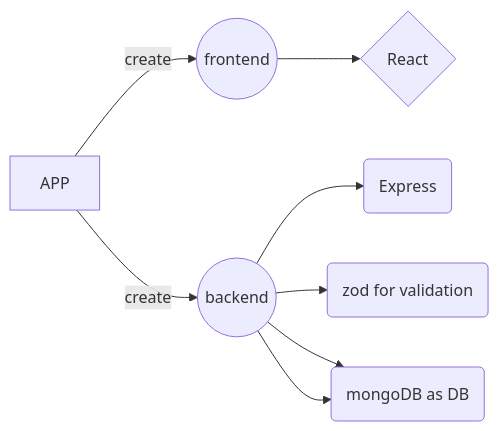
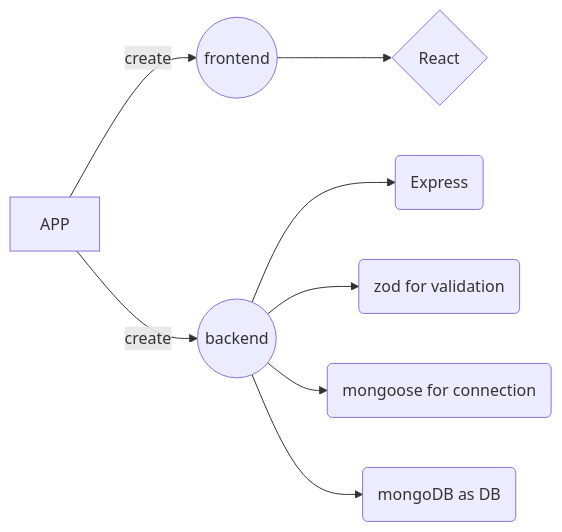
One commit to pinku-ctrl/TODO-app changed the first of 2 diagrams in README.md. Above: the diagram before and after it, drawn with Mermaid.

````diff
--- a/README.md
+++ b/README.md
@@ -10,10 +10,10 @@
 ```mermaid
 graph LR
 A[APP] -- create --> B((frontend))
 A[APP] -- create --> C((backend))
 C --> D(Express)
 C --> E(zod for validation)
-C --> H(mongoose for connection)
+C --> G(mongoose for connection)
 C --> H(mongoDB as DB)
 B --> F{React}
 ```
````
